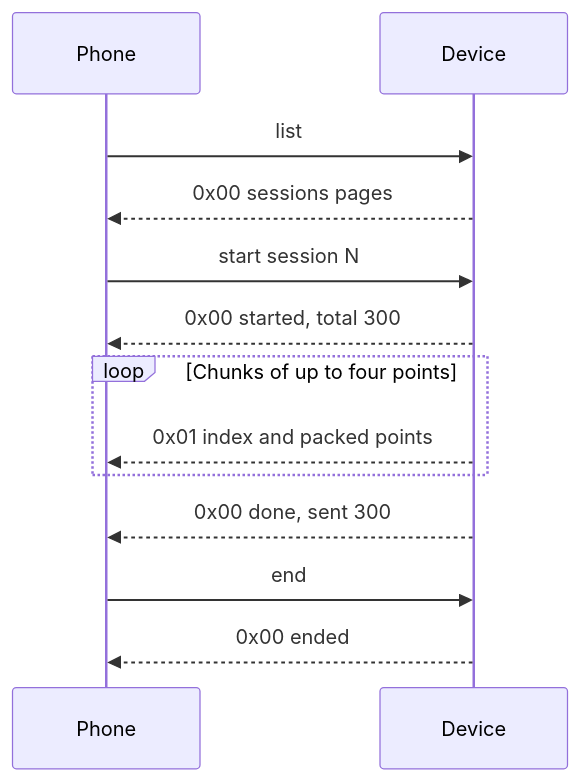
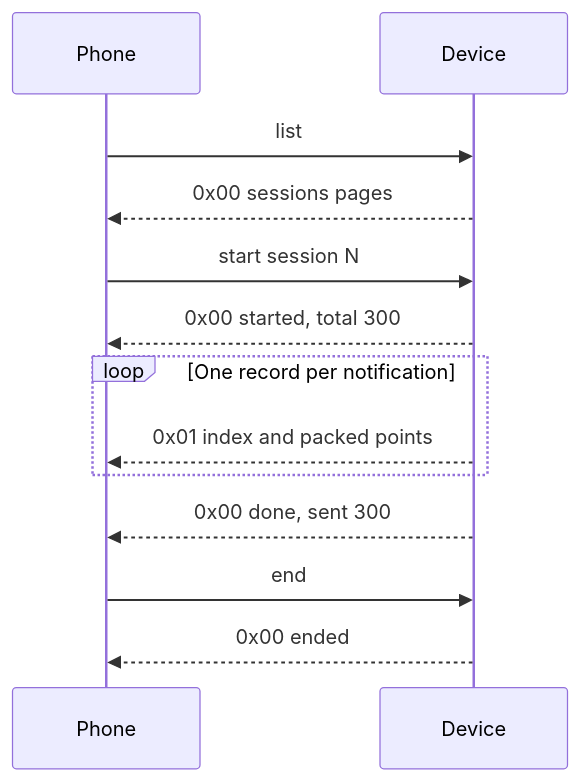
One commit to Open-Air-Foundation/firmware-core changed the second of 6 diagrams in products/go/go_ble_client.md. Above: the diagram before and after it, drawn with Mermaid. The commit also changed other lines of this file, not shown here.

````diff
--- a/products/go/go_ble_client.md
+++ b/products/go/go_ble_client.md
@@ -1297,15 +1389,15 @@
 ```mermaid
 sequenceDiagram
     participant Phone
     participant Device
     Phone->>Device: list
     Device-->>Phone: 0x00 sessions pages
     Phone->>Device: start session N
     Device-->>Phone: 0x00 started, total 300
-    loop Chunks of up to four points
+    loop One record per notification
         Device-->>Phone: 0x01 index and packed points
     end
     Device-->>Phone: 0x00 done, sent 300
     Phone->>Device: end
     Device-->>Phone: 0x00 ended
 ```
````
